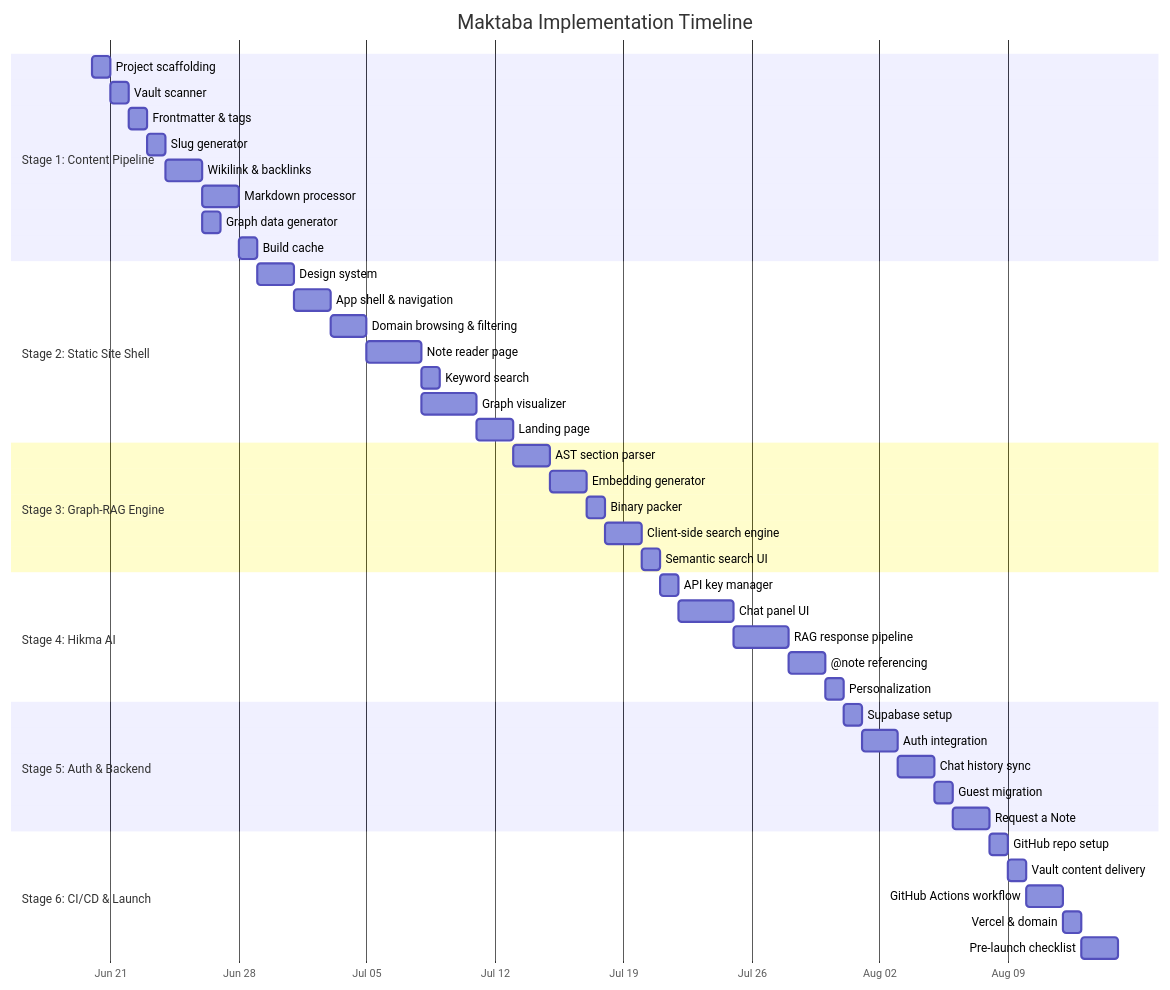
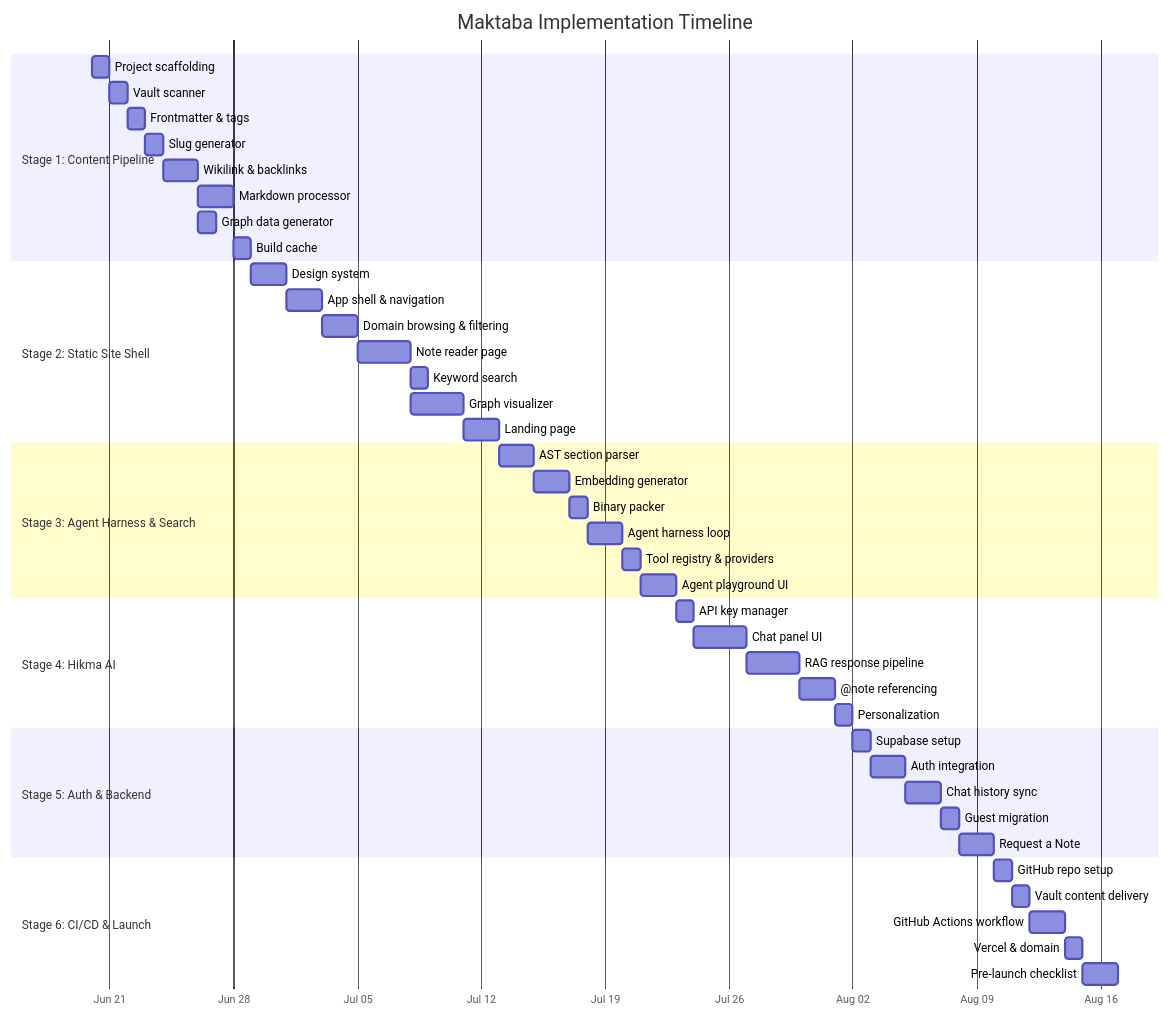
Before and after one commit to Mughal-Hash-24/Maktaba: the second of 2 diagrams in docs/implementation_plan.md, drawn with Mermaid. The commit also changed other lines of this file and 28 other files, not shown here.

````diff
--- a/docs/implementation_plan.md
+++ b/docs/implementation_plan.md
@@ -1113,53 +1101,54 @@
 ```mermaid
 gantt
     title Maktaba Implementation Timeline
     dateFormat  YYYY-MM-DD
     axisFormat  %b %d
 
     section Stage 1: Content Pipeline
     Project scaffolding            :s1p1, 2026-06-20, 1d
     Vault scanner                  :s1p2, after s1p1, 1d
     Frontmatter & tags             :s1p3, after s1p2, 1d
     Slug generator                 :s1p4, after s1p3, 1d
     Wikilink & backlinks           :s1p5, after s1p4, 2d
     Markdown processor             :s1p6, after s1p5, 2d
     Graph data generator           :s1p7, after s1p5, 1d
     Build cache                    :s1p8, after s1p6, 1d
 
     section Stage 2: Static Site Shell
     Design system                  :s2p1, after s1p8, 2d
     App shell & navigation         :s2p2, after s2p1, 2d
     Domain browsing & filtering    :s2p3, after s2p2, 2d
     Note reader page               :s2p4, after s2p3, 3d
     Keyword search                 :s2p5, after s2p4, 1d
     Graph visualizer               :s2p6, after s2p4, 3d
     Landing page                   :s2p7, after s2p6, 2d
 
-    section Stage 3: Graph-RAG Engine
+    section Stage 3: Agent Harness & Search
     AST section parser             :s3p1, after s2p7, 2d
     Embedding generator            :s3p2, after s3p1, 2d
     Binary packer                  :s3p3, after s3p2, 1d
-    Client-side search engine      :s3p4, after s3p3, 2d
-    Semantic search UI             :s3p5, after s3p4, 1d
+    Agent harness loop             :s3p4, after s3p3, 2d
+    Tool registry & providers      :s3p5, after s3p4, 1d
+    Agent playground UI            :s3p6, after s3p5, 2d
 
     section Stage 4: Hikma AI
-    API key manager                :s4p1, after s3p5, 1d
+    API key manager                :s4p1, after s3p6, 1d
     Chat panel UI                  :s4p2, after s4p1, 3d
     RAG response pipeline          :s4p3, after s4p2, 3d
     @note referencing              :s4p4, after s4p3, 2d
     Personalization                :s4p5, after s4p4, 1d
 
     section Stage 5: Auth & Backend
     Supabase setup                 :s5p1, after s4p5, 1d
     Auth integration               :s5p2, after s5p1, 2d
     Chat history sync              :s5p3, after s5p2, 2d
     Guest migration                :s5p4, after s5p3, 1d
     Request a Note                 :s5p5, after s5p4, 2d
 
     section Stage 6: CI/CD & Launch
     GitHub repo setup              :s6p1, after s5p5, 1d
     Vault content delivery         :s6p2, after s6p1, 1d
     GitHub Actions workflow        :s6p3, after s6p2, 2d
     Vercel & domain                :s6p4, after s6p3, 1d
     Pre-launch checklist           :s6p5, after s6p4, 2d
 ```
````
